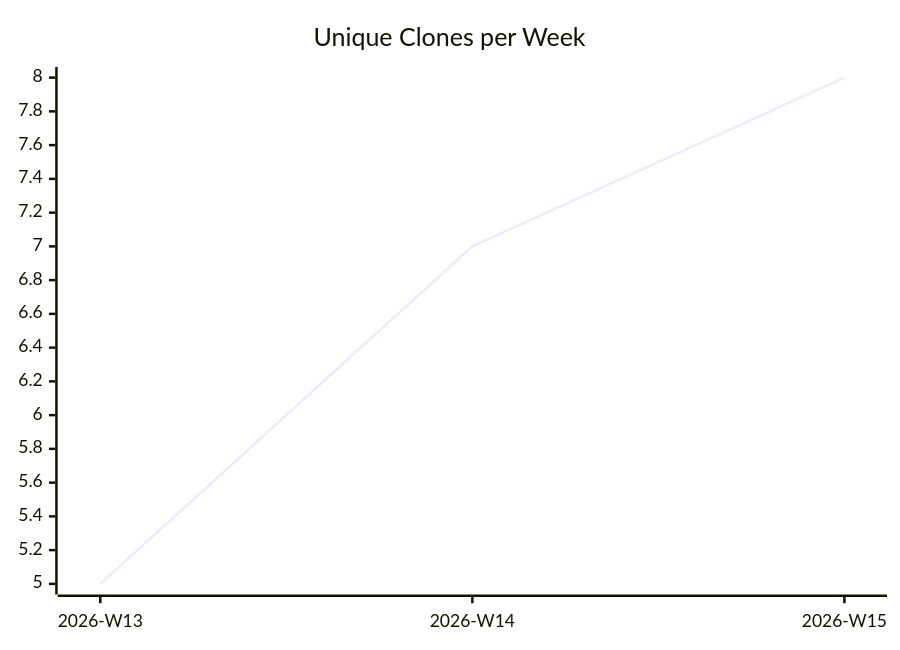
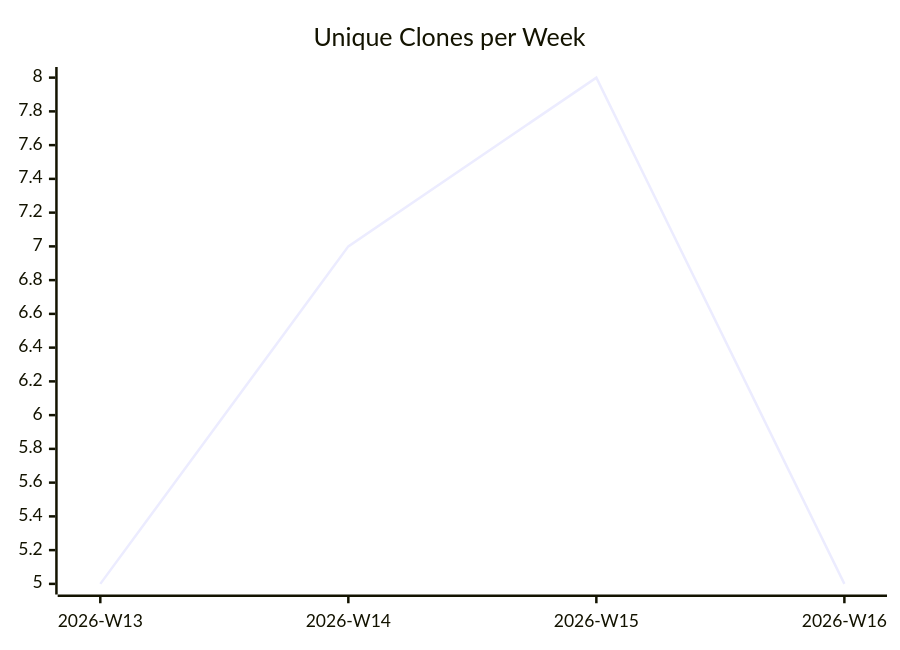
One commit to justdavis-family/github-analytics-data changed the third of 3 diagrams in karlmdavis/ansible-role-jenkins2/README.md. Above: the diagram before and after it, drawn with Mermaid. The commit also changed other lines of this file and 176 other files, not shown here.

````diff
--- a/karlmdavis/ansible-role-jenkins2/README.md
+++ b/karlmdavis/ansible-role-jenkins2/README.md
@@ -19,6 +19,6 @@
 ```mermaid
 xychart-beta
   title "Unique Clones per Week"
-  x-axis ["2026-W13", "2026-W14", "2026-W15"]
-  line [5, 7, 8]
+  x-axis ["2026-W13", "2026-W14", "2026-W15", "2026-W16"]
+  line [5, 7, 8, 5]
 ```
````
